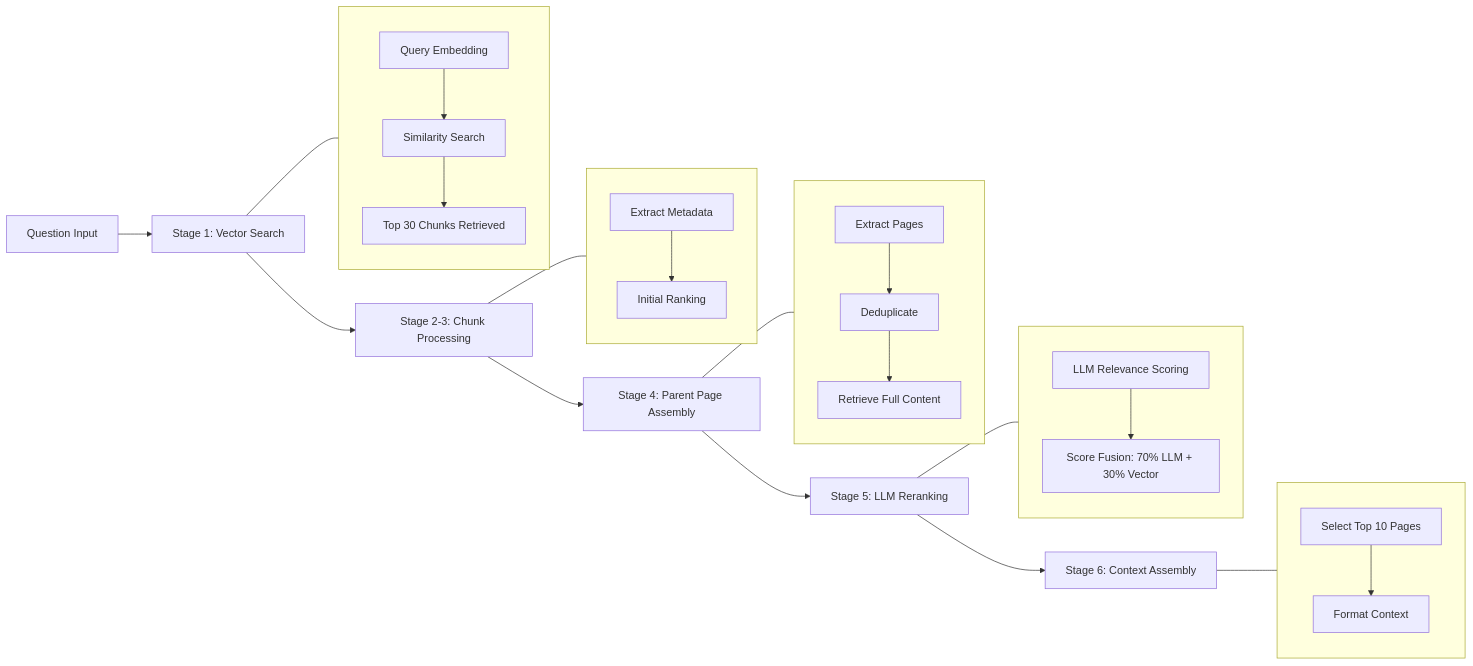
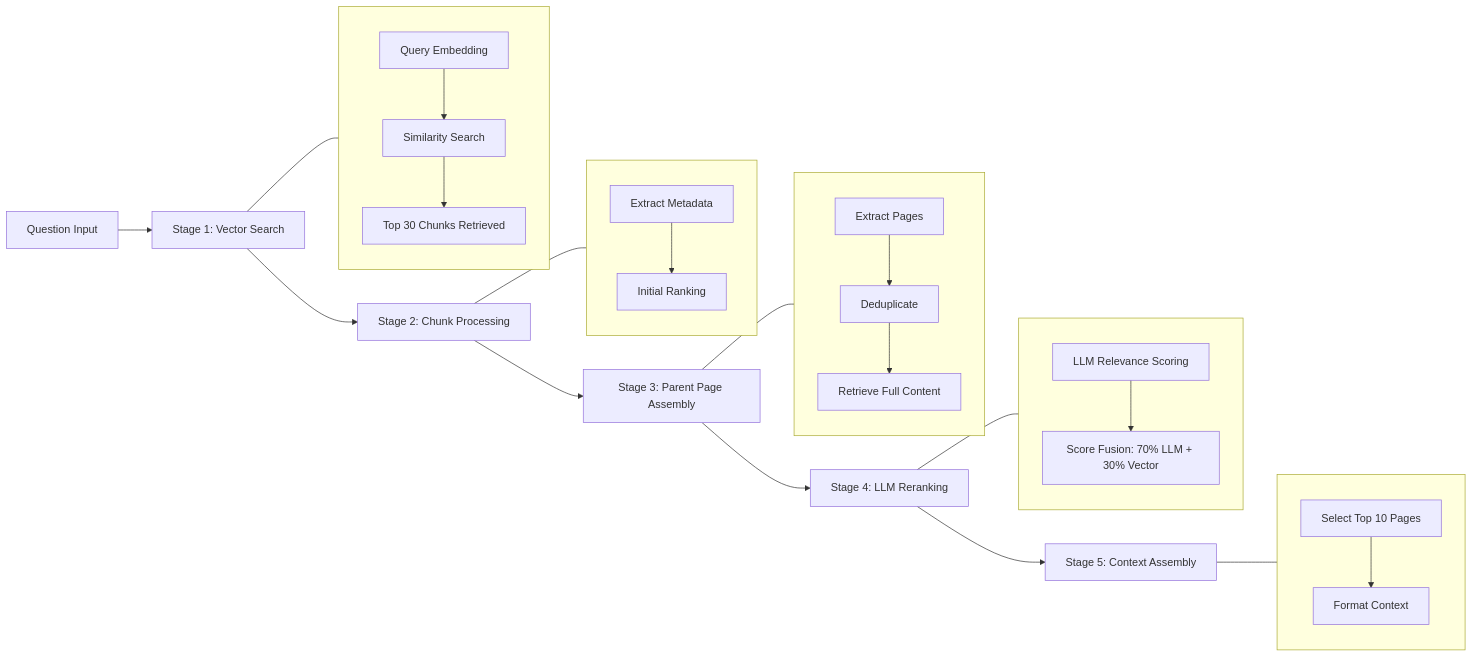
One commit to xxcs13/RAGv1 changed the second of 2 diagrams in README.md. Above: the diagram before and after it, drawn with Mermaid. The commit also changed other lines of this file, not shown here.

````diff
--- a/README.md
+++ b/README.md
@@ -116,46 +116,46 @@
 ```mermaid
 flowchart LR
     A[Question Input] --> B[Stage 1: Vector Search]
-    B --> C[Stage 2-3: Chunk Processing]
-    C --> D[Stage 4: Parent Page Assembly]
-    D --> E[Stage 5: LLM Reranking]
-    E --> F[Stage 6: Context Assembly]
+    B --> C[Stage 2: Chunk Processing]
+    C --> D[Stage 3: Parent Page Assembly]
+    D --> E[Stage 4: LLM Reranking]
+    E --> F[Stage 5: Context Assembly]
 
     B --- S1
-    C --- S23
-    D --- S4
-    E --- S5
-    F --- S6
+    C --- S2
+    D --- S3
+    E --- S4
+    F --- S5
 
     subgraph S1 [" "]
         B1[Query Embedding]
         B2[Similarity Search]
         B3[Top 30 Chunks Retrieved]
         B1 --> B2 --> B3
     end
 
-    subgraph S23 [" "]
+    subgraph S2 [" "]
         C1[Extract Metadata]
         C2[Initial Ranking]
         C1 --> C2
     end
 
-    subgraph S4 [" "]
+    subgraph S3 [" "]
         D1[Extract Pages]
         D2[Deduplicate]
         D3[Retrieve Full Content]
         D1 --> D2 --> D3
     end
 
-    subgraph S5 [" "]
+    subgraph S4 [" "]
         E1[LLM Relevance Scoring]
         E2[Score Fusion: 70% LLM + 30% Vector]
         E1 --> E2
     end
 
-    subgraph S6 [" "]
+    subgraph S5 [" "]
         F1[Select Top 10 Pages]
         F2[Format Context]
         F1 --> F2
     end
 ```
````
